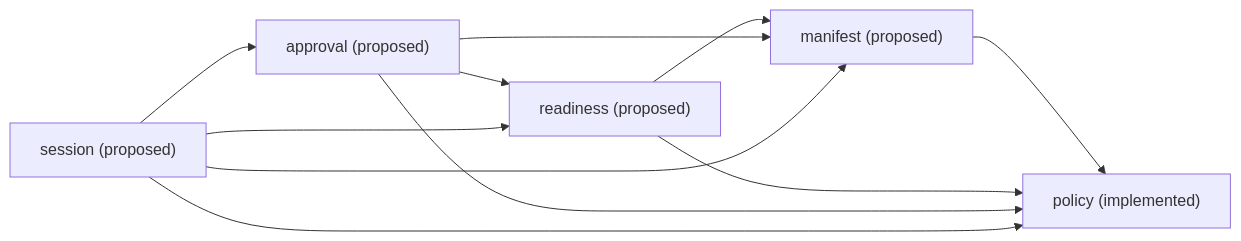
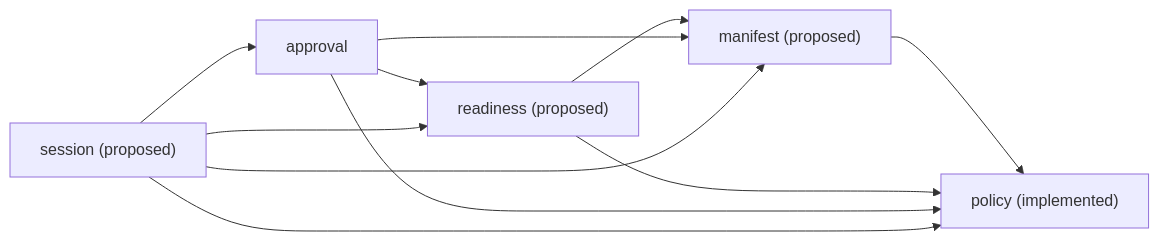
Before and after one commit to donvargax/itos-container: the second of 2 diagrams in docs/architecture/arc42.md, drawn with Mermaid. The commit also changed other lines of this file and 60 other files, not shown here.

````diff
--- a/docs/architecture/arc42.md
+++ b/docs/architecture/arc42.md
@@ -198,13 +207,13 @@
 ```mermaid
 flowchart LR
     manifest["manifest (proposed)"] --> policy["policy (implemented)"]
     readiness["readiness (proposed)"] --> policy
     readiness --> manifest
-    approval["approval (proposed)"] --> policy
+    approval["approval"] --> policy
     approval --> manifest
     approval --> readiness
     session["session (proposed)"] --> policy
     session --> manifest
     session --> readiness
     session --> approval
 ```
````
